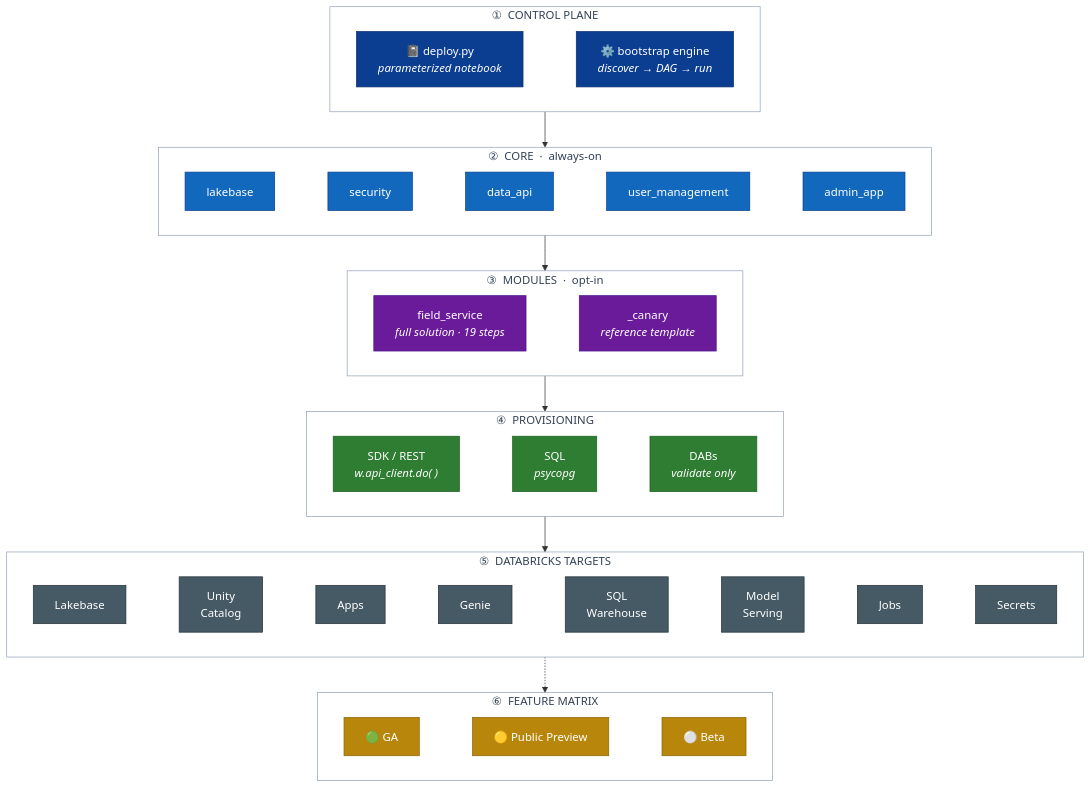
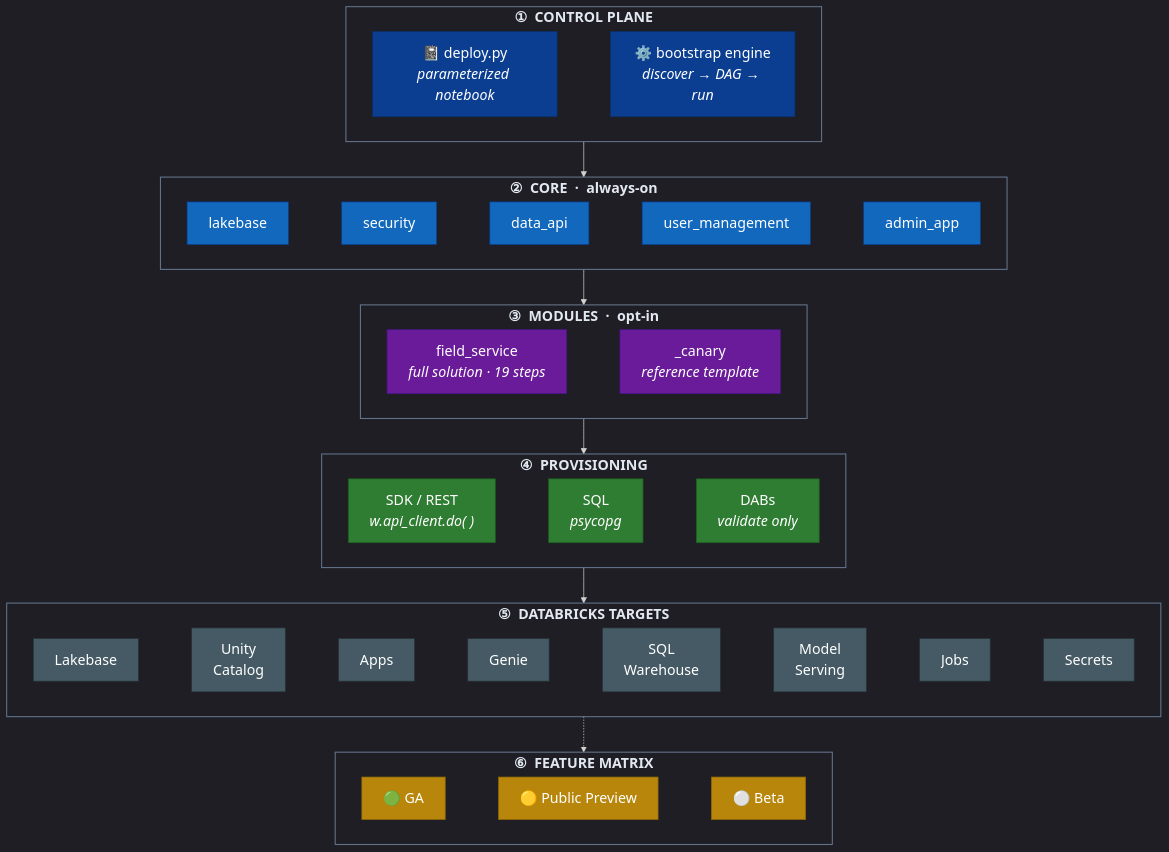
The diagram in README.md (databricks-solutions/lakebase-solutions), drawn with Mermaid before and after one commit.

Commit message:
docs(readme): make the architecture diagram legible
Force a dark canvas + 20px base font, and brighten the faint band titles
(#334155 -> #e2e8f0, bold) so the layer headers (CONTROL PLANE, CORE, ...) and
node text are readable in GitHub's mermaid viewer.

````diff
--- a/README.md
+++ b/README.md
@@ -95,45 +95,46 @@
 ```mermaid
+%%{init: {'theme':'dark', 'themeVariables': {'fontSize':'20px', 'fontFamily':'ui-sans-serif, system-ui, sans-serif'}}}%%
 flowchart TB
     subgraph CP["① &nbsp;CONTROL PLANE"]
         direction LR
         a1["📓 deploy.py<br/><i>parameterized notebook</i>"] ~~~ a2["⚙️ bootstrap engine<br/><i>discover → DAG → run</i>"]
     end
     subgraph CORE["② &nbsp;CORE &nbsp;·&nbsp; always-on"]
         direction LR
         c1[lakebase] ~~~ c2[security] ~~~ c3[data_api] ~~~ c4[user_management] ~~~ c5[admin_app]
     end
     subgraph MODS["③ &nbsp;MODULES &nbsp;·&nbsp; opt-in"]
         direction LR
         m1["field_service<br/><i>full solution · 19 steps</i>"] ~~~ m2["_canary<br/><i>reference template</i>"]
     end
     subgraph PROV["④ &nbsp;PROVISIONING"]
         direction LR
         p1["SDK / REST<br/><i>w.api_client.do( )</i>"] ~~~ p2["SQL<br/><i>psycopg</i>"] ~~~ p3["DABs<br/><i>validate only</i>"]
     end
     subgraph TGT["⑤ &nbsp;DATABRICKS TARGETS"]
         direction LR
         t1[Lakebase] ~~~ t2["Unity<br/>Catalog"] ~~~ t3[Apps] ~~~ t4[Genie] ~~~ t5["SQL<br/>Warehouse"] ~~~ t6["Model<br/>Serving"] ~~~ t7[Jobs] ~~~ t8[Secrets]
     end
     subgraph MAT["⑥ &nbsp;FEATURE MATRIX"]
         direction LR
         f1["🟢 GA"] ~~~ f2["🟡 Public Preview"] ~~~ f3["⚪ Beta"]
     end
 
     CP --> CORE --> MODS --> PROV --> TGT
     TGT -.-> MAT
 
-    classDef band fill:none,stroke:#94a3b8,stroke-width:1px,color:#334155;
+    classDef band fill:none,stroke:#64748b,stroke-width:1.5px,color:#e2e8f0,font-weight:bold;
     class CP,CORE,MODS,PROV,TGT,MAT band;
     classDef cp fill:#0b3d91,color:#fff,stroke:#08306b;
     classDef core fill:#1168bd,color:#fff,stroke:#0b3d91;
     classDef mods fill:#6a1b9a,color:#fff,stroke:#4a148c;
     classDef prov fill:#2e7d32,color:#fff,stroke:#1b5e20;
     classDef tgt fill:#455a64,color:#fff,stroke:#263238;
     classDef mat fill:#b8860b,color:#fff,stroke:#8a6508;
     class a1,a2 cp;
     class c1,c2,c3,c4,c5 core;
     class m1,m2 mods;
     class p1,p2,p3 prov;
     class t1,t2,t3,t4,t5,t6,t7,t8 tgt;
     class f1,f2,f3 mat;
 ```
````
